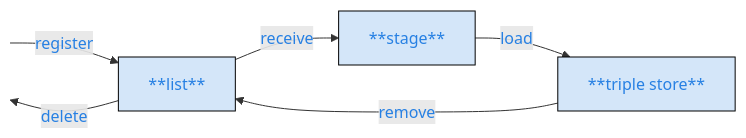
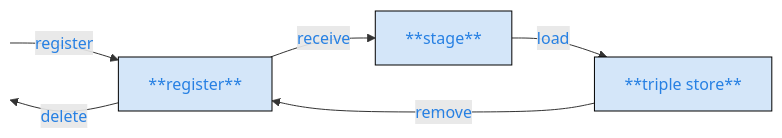
One commit to nfdi4objects/n4o-graph-importer changed the diagram in README.md. Above: the diagram before and after it, drawn with Mermaid. The commit also changed other lines of this file and 4 other files, not shown here.

````diff
--- a/README.md
+++ b/README.md
@@ -14,18 +23,18 @@
 ```mermaid
 flowchart LR
   END[ ]:::hidden
   START[ ]:::hidden
-  L["**list**"]
+  L["**register**"]
   S["**stage**"]
   T["**triple store**"]
 
   START -- <span style="color:#2780e3">register</span> --> L 
   L -- <span style="color:#2780e3">receive</span> --> S
   S -- <span style="color:#2780e3">load</span> --> T
   T -- <span style="color:#2780e3">remove</span> --> L
   L -- <span style="color:#2780e3">delete</span> --> END
   END ~~~ L 
 
 classDef node  fill: #D4E6F9, color:#2780e3, stroke: black;
 classDef hidden display: none;
 ```
````
